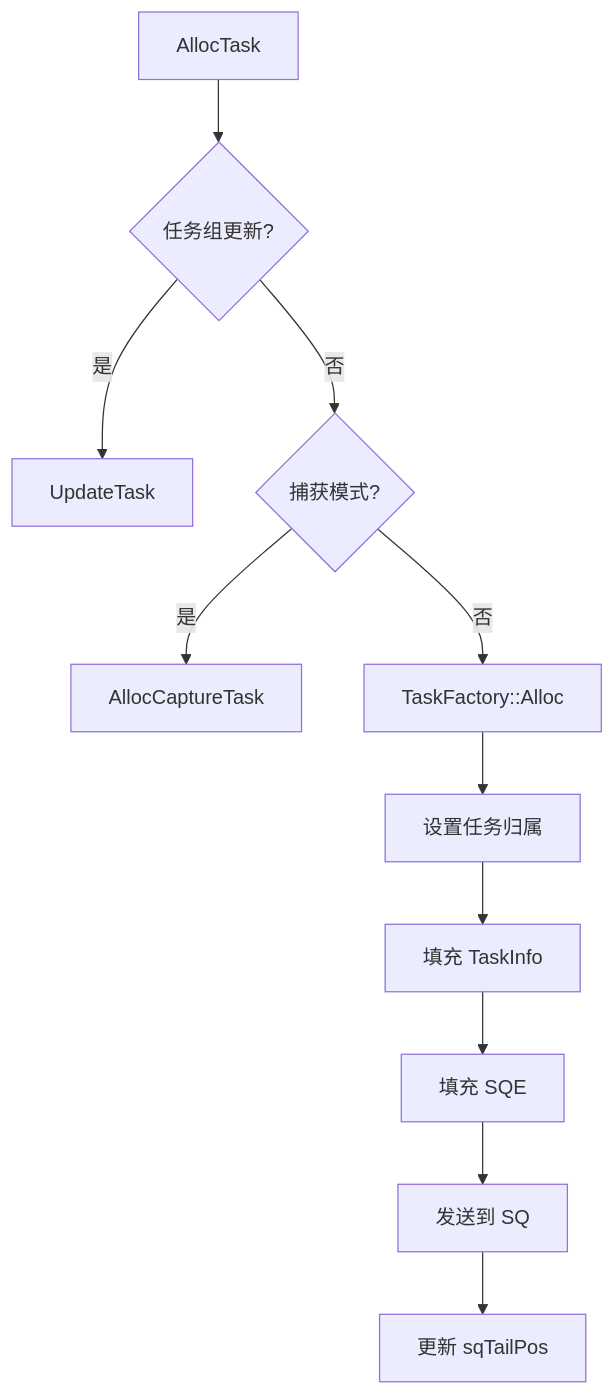
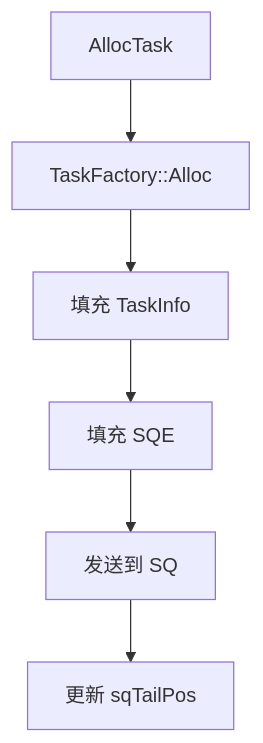
Before and after one commit to 18liumin/runtime: the third of 6 diagrams in docs/design/modules/stream/stream.md, drawn with Mermaid. The commit also changed other lines of this file, not shown here.

````diff
--- a/docs/design/modules/stream/stream.md
+++ b/docs/design/modules/stream/stream.md
@@ -290,13 +202,8 @@
 ```mermaid
 flowchart TD
-    A[AllocTask] --> B{任务组更新?}
-    B -->|是| C[UpdateTask]
-    B -->|否| D{捕获模式?}
-    D -->|是| E[AllocCaptureTask]
-    D -->|否| F[TaskFactory::Alloc]
-    F --> G[设置任务归属]
-    G --> H[填充 TaskInfo]
-    H --> I[填充 SQE]
-    I --> J[发送到 SQ]
-    J --> K[更新 sqTailPos]
+    A[AllocTask] --> B[TaskFactory::Alloc]
+    B --> C[填充 TaskInfo]
+    C --> D[填充 SQE]
+    D --> E[发送到 SQ]
+    E --> F[更新 sqTailPos]
 ```
````
